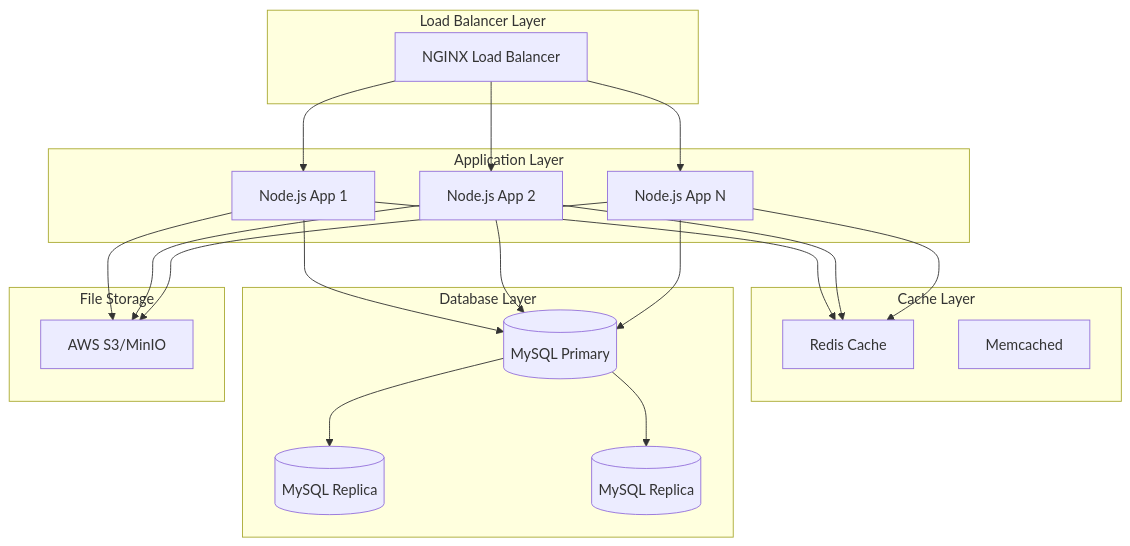
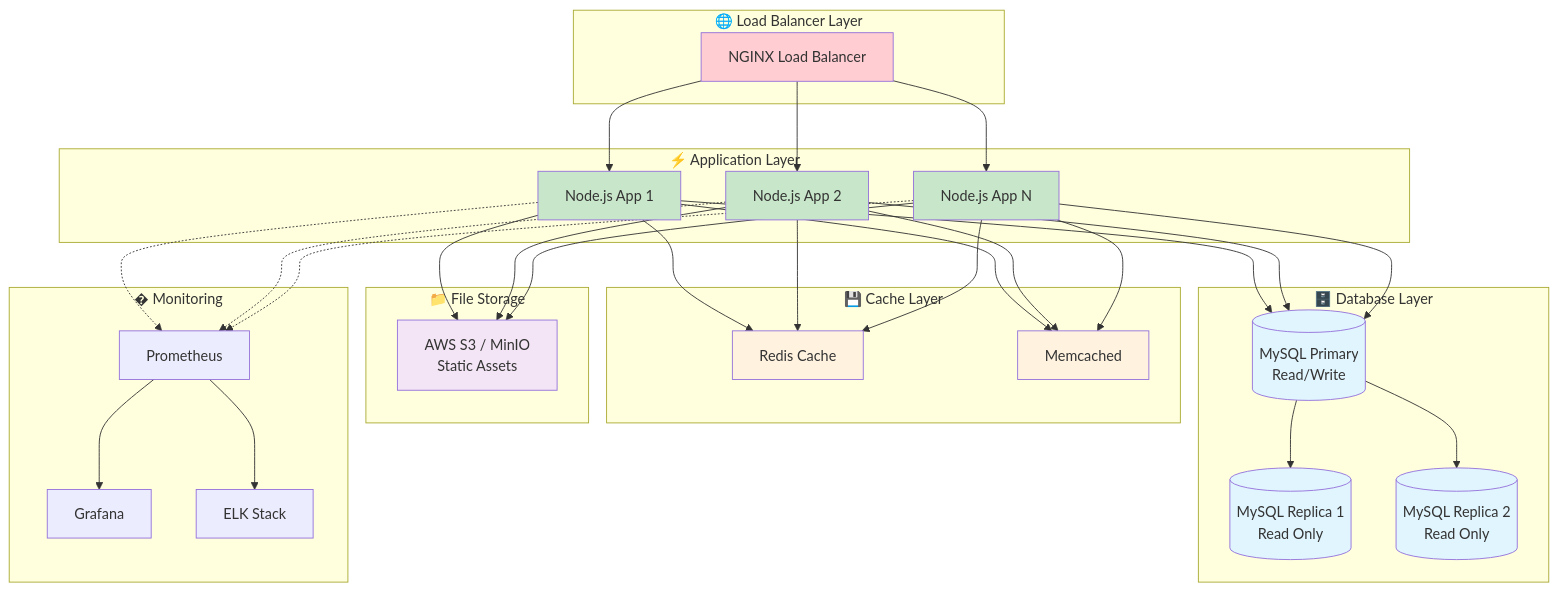
The tenth of 11 diagrams in README.md (Sandarsh18/Domain-booking-web-app), drawn with Mermaid before and after one commit. The commit also changed other lines of this file, not shown here.

````diff
--- a/README.md
+++ b/README.md
@@ -803,46 +873,74 @@
 ```mermaid
 graph TB
-    subgraph "Load Balancer Layer"
+    subgraph "🌐 Load Balancer Layer"
         LB[NGINX Load Balancer]
     end
     
-    subgraph "Application Layer"
+    subgraph "⚡ Application Layer"
         A1[Node.js App 1]
         A2[Node.js App 2] 
         A3[Node.js App N]
     end
     
-    subgraph "Cache Layer"
+    subgraph "💾 Cache Layer"
         R[Redis Cache]
-        M[Memcached]
+        MC[Memcached]
     end
     
-    subgraph "Database Layer"
-        DB1[(MySQL Primary)]
-        DB2[(MySQL Replica)]
-        DB3[(MySQL Replica)]
+    subgraph "🗄️ Database Layer"
+        DB1[(MySQL Primary<br/>Read/Write)]
+        DB2[(MySQL Replica 1<br/>Read Only)]
+        DB3[(MySQL Replica 2<br/>Read Only)]
     end
     
-    subgraph "File Storage"
-        S3[AWS S3/MinIO]
+    subgraph "📁 File Storage"
+        S3[AWS S3 / MinIO<br/>Static Assets]
+    end
+    
+    subgraph "� Monitoring"
+        M1[Prometheus]
+        M2[Grafana]
+        M3[ELK Stack]
     end
     
     LB --> A1
     LB --> A2
     LB --> A3
     
     A1 --> R
     A2 --> R
     A3 --> R
+    
+    A1 --> MC
+    A2 --> MC
+    A3 --> MC
     
     A1 --> DB1
     A2 --> DB1
     A3 --> DB1
     
     DB1 --> DB2
     DB1 --> DB3
     
     A1 --> S3
     A2 --> S3
     A3 --> S3
+    
+    A1 -.-> M1
+    A2 -.-> M1
+    A3 -.-> M1
+    
+    M1 --> M2
+    M1 --> M3
+    
+    style LB fill:#ffcdd2
+    style A1 fill:#c8e6c9
+    style A2 fill:#c8e6c9
+    style A3 fill:#c8e6c9
+    style R fill:#fff3e0
+    style MC fill:#fff3e0
+    style DB1 fill:#e1f5fe
+    style DB2 fill:#e1f5fe
+    style DB3 fill:#e1f5fe
+    style S3 fill:#f3e5f5
 ```
````
